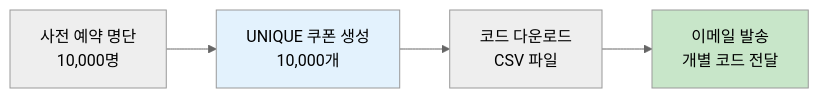
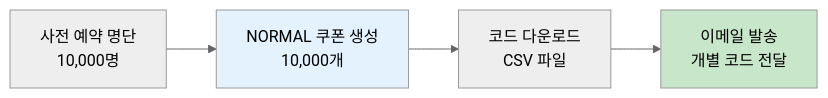
Before and after one commit to maxidea1024/gatrix: the fourth of 5 diagrams in manual/ko/09-coupons.md, drawn with Mermaid (neutral theme). The commit also changed other lines of this file and 30 other files, not shown here.

````diff
--- a/manual/ko/09-coupons.md
+++ b/manual/ko/09-coupons.md
@@ -165,9 +178,9 @@
 ```mermaid
 flowchart LR
-    A[사전 예약 명단<br/>10,000명] --> B[UNIQUE 쿠폰 생성<br/>10,000개]
+    A[사전 예약 명단<br/>10,000명] --> B[NORMAL 쿠폰 생성<br/>10,000개]
     B --> C[코드 다운로드<br/>CSV 파일]
     C --> D[이메일 발송<br/>개별 코드 전달]
     
     style B fill:#e3f2fd
     style D fill:#c8e6c9
 ```
````
